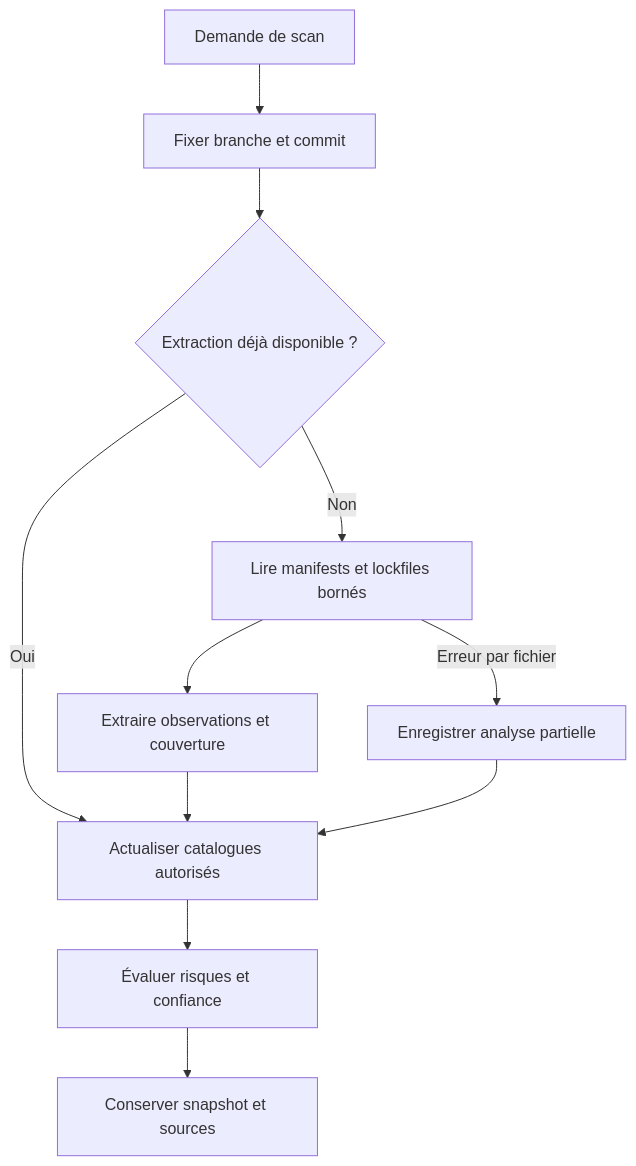
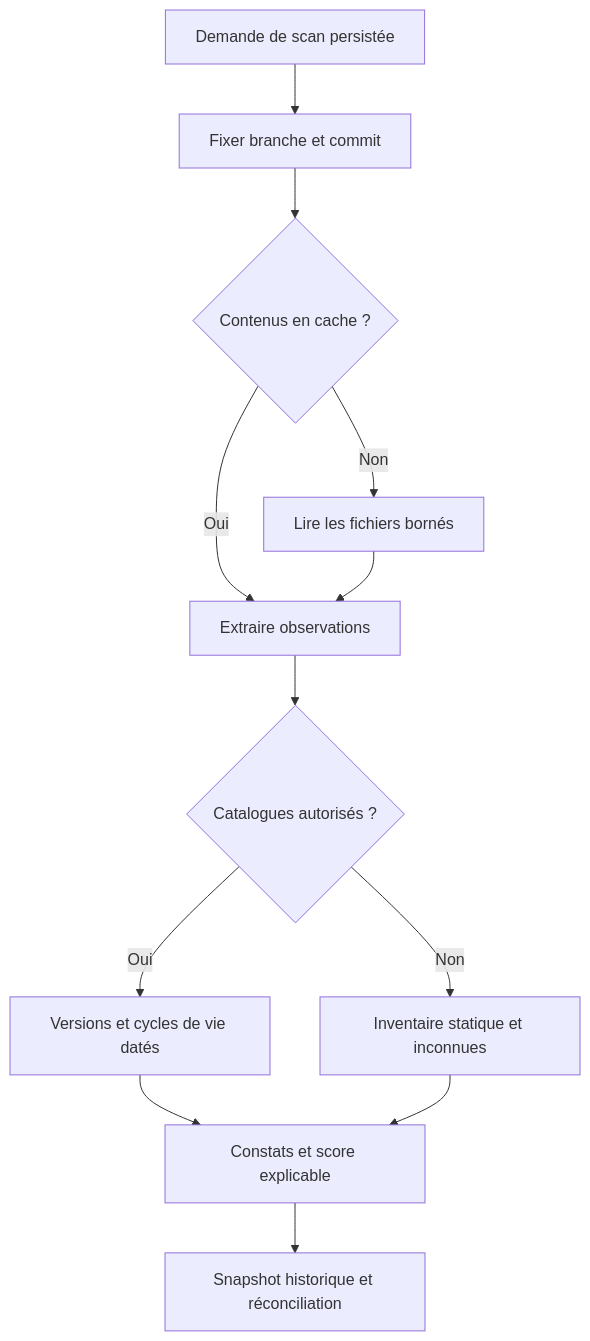
One commit to ExodiaLabs/ExoPulse changed the diagram in docs/scanning-engine.md. Above: the diagram before and after it, drawn with Mermaid. The commit also changed other lines of this file and 13 other files, not shown here.

Commit message:
:memo: document the functional application and delivery sequence

````diff
--- a/docs/scanning-engine.md
+++ b/docs/scanning-engine.md
@@ -9,13 +5,14 @@
 ```mermaid
 flowchart TD
-    Request[Demande de scan] --> Commit[Fixer branche et commit]
-    Commit --> Cache{Extraction déjà disponible ?}
-    Cache -->|Oui| Enrich[Actualiser catalogues autorisés]
-    Cache -->|Non| Read[Lire manifests et lockfiles bornés]
-    Read --> Parse[Extraire observations et couverture]
-    Parse --> Enrich
-    Enrich --> Evaluate[Évaluer risques et confiance]
-    Evaluate --> Snapshot[Conserver snapshot et sources]
-    Read -->|Erreur par fichier| Partial[Enregistrer analyse partielle]
-    Partial --> Enrich
+    Request[Demande de scan persistée] --> Commit[Fixer branche et commit]
+    Commit --> Cache{Contenus en cache ?}
+    Cache -->|Oui| Parse[Extraire observations]
+    Cache -->|Non| Read[Lire les fichiers bornés]
+    Read --> Parse
+    Parse --> Consent{Catalogues autorisés ?}
+    Consent -->|Oui| Enrich[Versions et cycles de vie datés]
+    Consent -->|Non| Unknown[Inventaire statique et inconnues]
+    Enrich --> Evaluate[Constats et score explicable]
+    Unknown --> Evaluate
+    Evaluate --> Snapshot[Snapshot historique et réconciliation]
 ```
````
